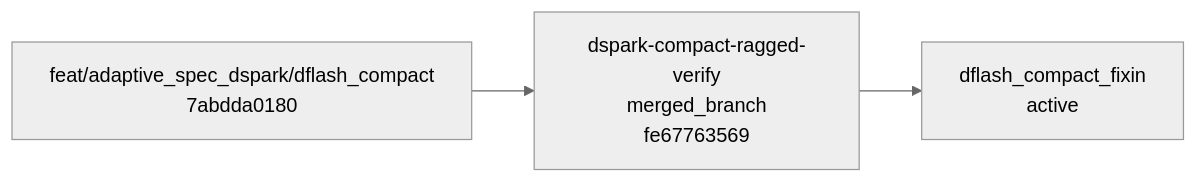
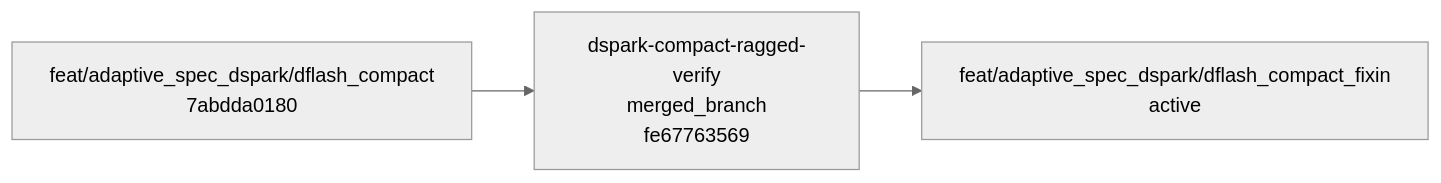
One commit to EanWang211123/sglang changed the third of 5 diagrams in BRANCH_GRAPH.md. Above: the diagram before and after it, drawn with Mermaid (neutral theme). The commit also changed other lines of this file and 3 other files, not shown here.

Commit message:
docs(registry): rename DFlash compact fix branch

````diff
--- a/BRANCH_GRAPH.md
+++ b/BRANCH_GRAPH.md
@@ -84,9 +84,9 @@
 ```mermaid
 flowchart LR
     stack_base_dflash_compact_fixin["feat/adaptive_spec_dspark/dflash_compact<br/>7abdda0180"]
     stack_dflash_compact_fixin_1["dspark-compact-ragged-verify<br/>merged_branch<br/>fe67763569"]
     stack_base_dflash_compact_fixin --> stack_dflash_compact_fixin_1
     click stack_dflash_compact_fixin_1 "https://github.com/sgl-project/sglang/pull/38897"
-    stack_output_dflash_compact_fixin["dflash_compact_fixin<br/>active"]
+    stack_output_dflash_compact_fixin["feat/adaptive_spec_dspark/dflash_compact_fixin<br/>active"]
     stack_dflash_compact_fixin_1 --> stack_output_dflash_compact_fixin
 ```
````
